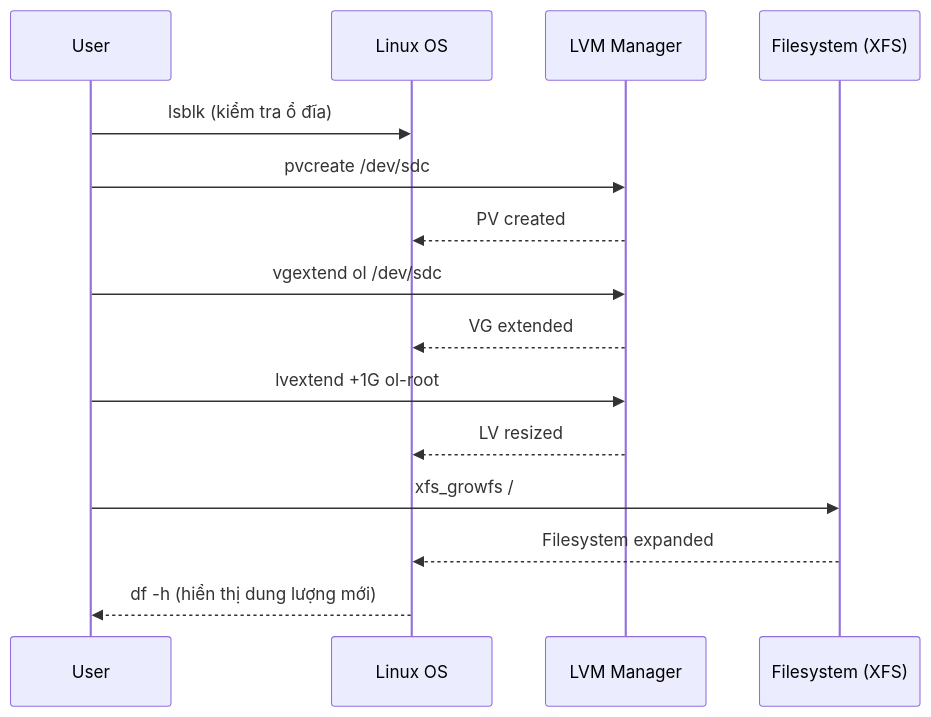
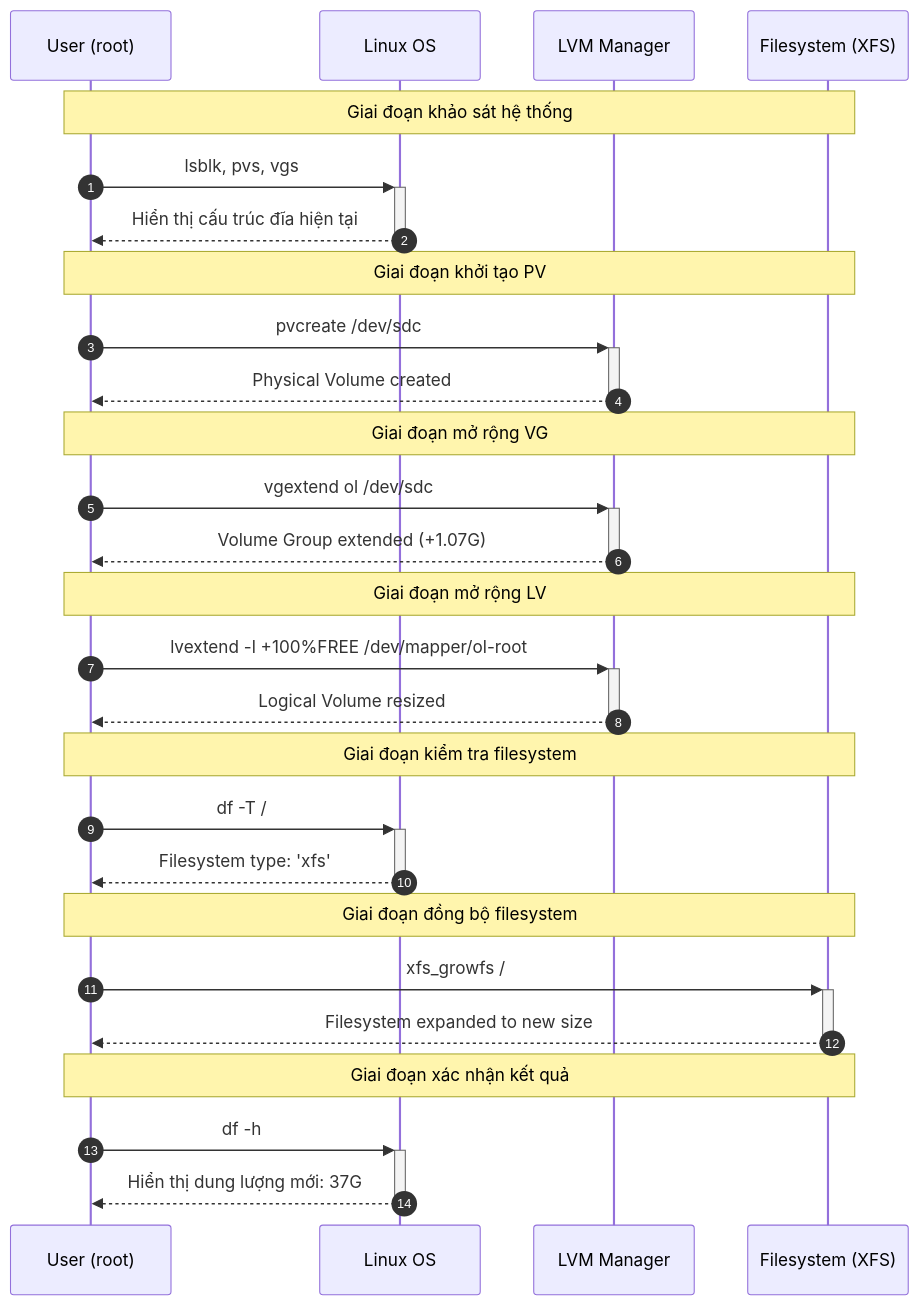
Before and after one commit to ngockhanhvd2812/DBA: the fourth of 4 diagrams in 01_08_2025.md, drawn with Mermaid. The commit also changed other lines of this file and 1 other file, not shown here.

````diff
--- a/01_08_2025.md
+++ b/01_08_2025.md
@@ -181,18 +353,37 @@
 ```mermaid
 sequenceDiagram
-    participant U as User
+    participant U as User (root)
     participant OS as Linux OS
     participant LVM as LVM Manager
     participant FS as Filesystem (XFS)
 
-    U->>OS: lsblk (kiểm tra ổ đĩa)
-    U->>LVM: pvcreate /dev/sdc
-    LVM-->>OS: PV created
-    U->>LVM: vgextend ol /dev/sdc
-    LVM-->>OS: VG extended
-    U->>LVM: lvextend +1G ol-root
-    LVM-->>OS: LV resized
-    U->>FS: xfs_growfs /
-    FS-->>OS: Filesystem expanded
-    OS-->>U: df -h (hiển thị dung lượng mới)
+    autonumber
+    
+    Note over U,FS: Giai đoạn khảo sát hệ thống
+    U->>+OS: lsblk, pvs, vgs
+    OS-->>-U: Hiển thị cấu trúc đĩa hiện tại
+    
+    Note over U,FS: Giai đoạn khởi tạo PV
+    U->>+LVM: pvcreate /dev/sdc
+    LVM-->>-U: Physical Volume created
+    
+    Note over U,FS: Giai đoạn mở rộng VG
+    U->>+LVM: vgextend ol /dev/sdc
+    LVM-->>-U: Volume Group extended (+1.07G)
+    
+    Note over U,FS: Giai đoạn mở rộng LV
+    U->>+LVM: lvextend -l +100%FREE /dev/mapper/ol-root
+    LVM-->>-U: Logical Volume resized
+    
+    Note over U,FS: Giai đoạn kiểm tra filesystem
+    U->>+OS: df -T /
+    OS-->>-U: Filesystem type: 'xfs'
+    
+    Note over U,FS: Giai đoạn đồng bộ filesystem
+    U->>+FS: xfs_growfs /
+    FS-->>-U: Filesystem expanded to new size
+    
+    Note over U,FS: Giai đoạn xác nhận kết quả
+    U->>+OS: df -h
+    OS-->>-U: Hiển thị dung lượng mới: 37G
 ```
````
